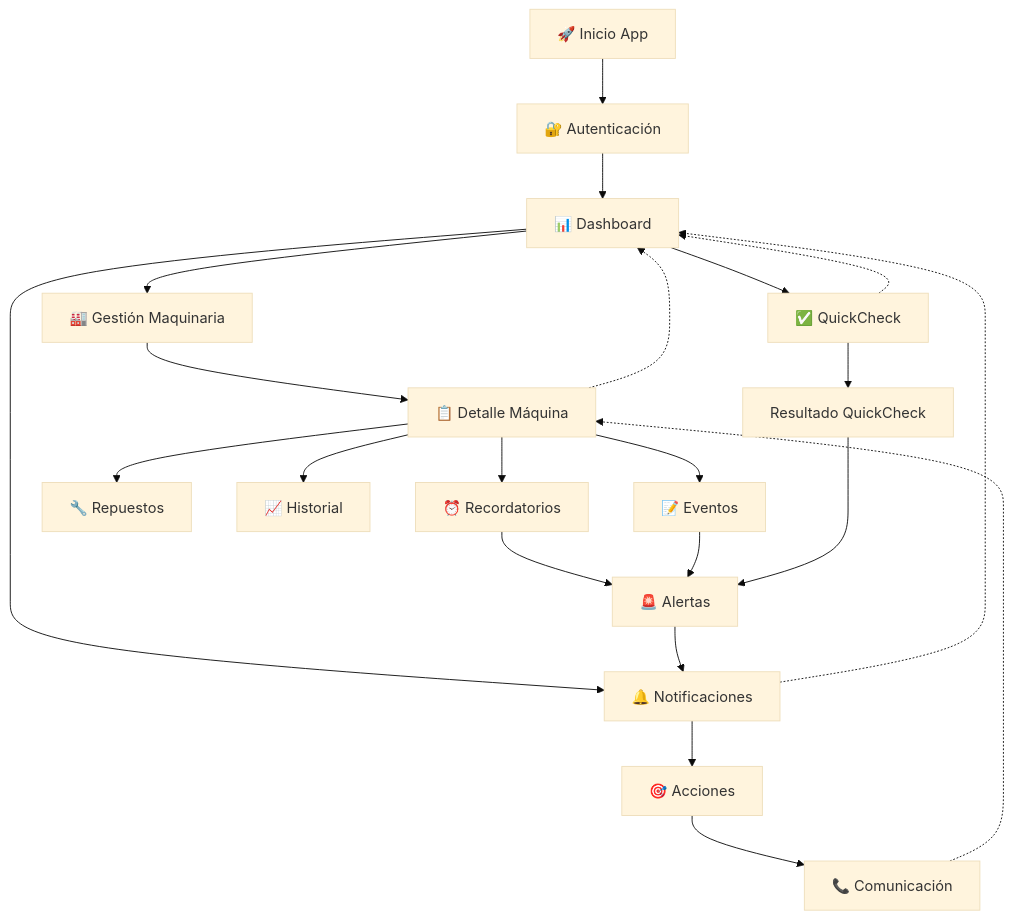
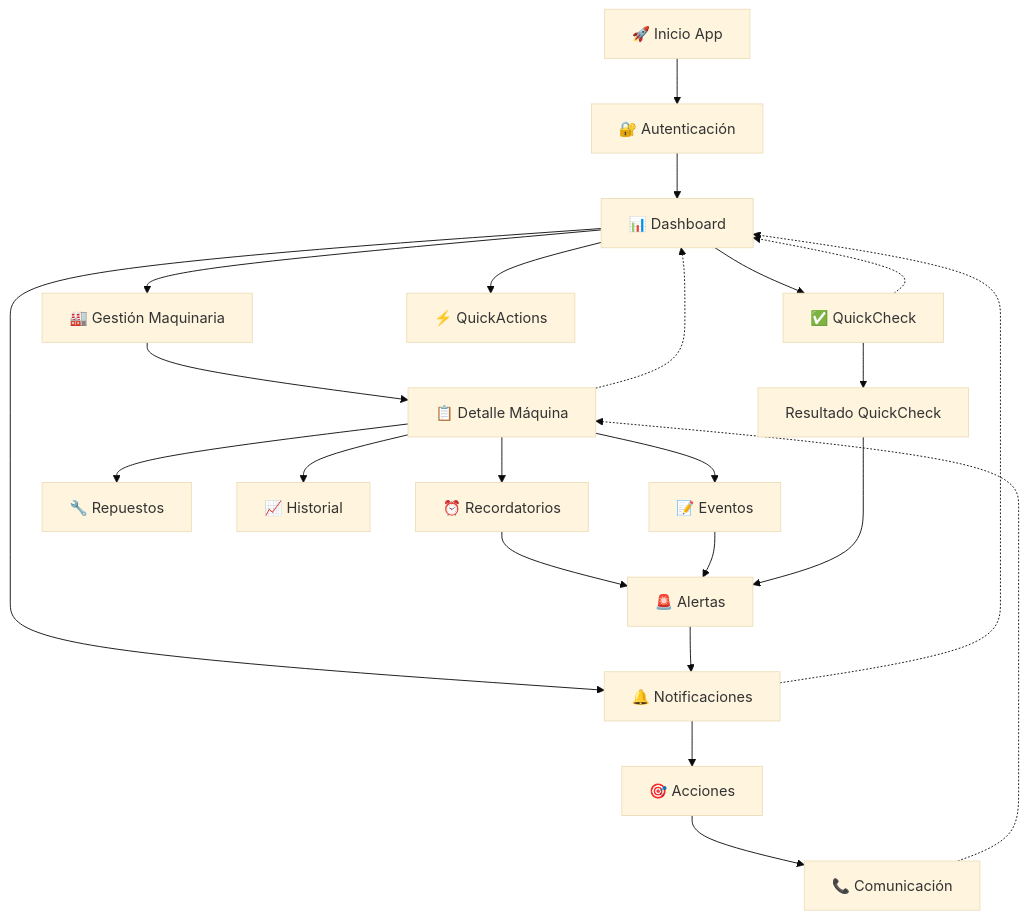
The ninth of 9 diagrams in docs/userJourney.md (MarkMed/FleetMan), drawn with Mermaid (base theme) before and after one commit. The commit also changed other lines of this file, not shown here.

Commit message:
Add QuickActions Dashboard flow and update navigation in user journey documentation

````diff
--- a/docs/userJourney.md
+++ b/docs/userJourney.md
@@ -208,30 +260,31 @@
 ```mermaid
 flowchart TD
     START[🚀 Inicio App] --> AUTH[🔐 Autenticación]
     AUTH --> DASH[📊 Dashboard]
     
     DASH --> MACHINES[🏭 Gestión Maquinaria]
     DASH --> QC[✅ QuickCheck]
+    DASH --> QA[⚡ QuickActions]
     DASH --> NOTIF[🔔 Notificaciones]
     
     MACHINES --> DETAIL[📋 Detalle Máquina]
     DETAIL --> REMINDERS[⏰ Recordatorios]
     DETAIL --> SPARES[🔧 Repuestos]
     DETAIL --> HISTORY[📈 Historial]
     DETAIL --> EVENTS[📝 Eventos]
     
     QC --> QC_RESULT[Resultado QuickCheck]
     REMINDERS --> ALERTS[🚨 Alertas]
     EVENTS --> ALERTS
     QC_RESULT --> ALERTS
     
     ALERTS --> NOTIF
     NOTIF --> ACTIONS[🎯 Acciones]
     ACTIONS --> CONTACT[📞 Comunicación]
     
     %% Navegación de retorno
     DETAIL -.-> DASH
     NOTIF -.-> DASH
     QC -.-> DASH
     CONTACT -.-> DETAIL
 ```
````
